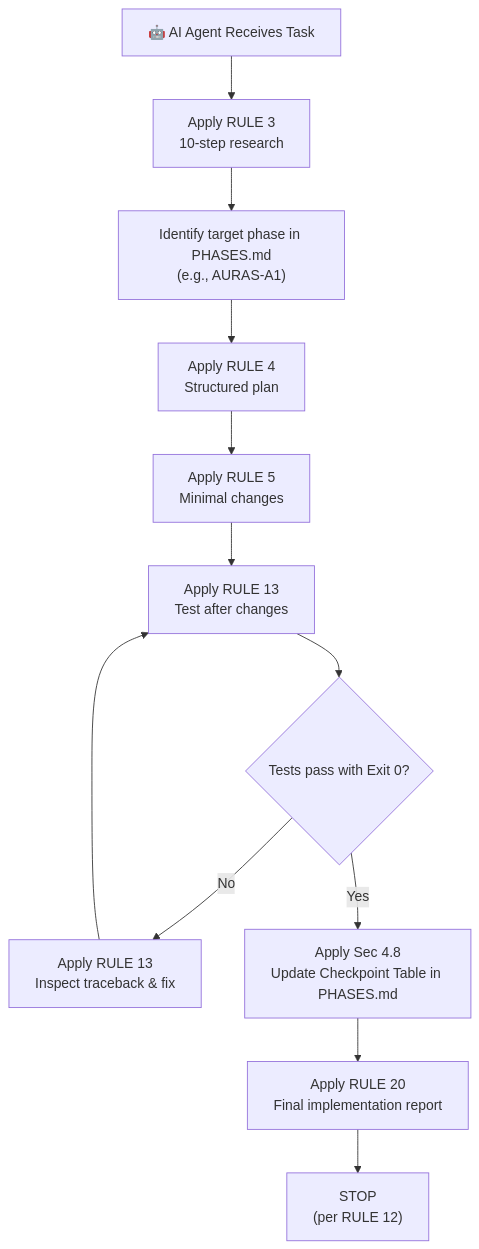
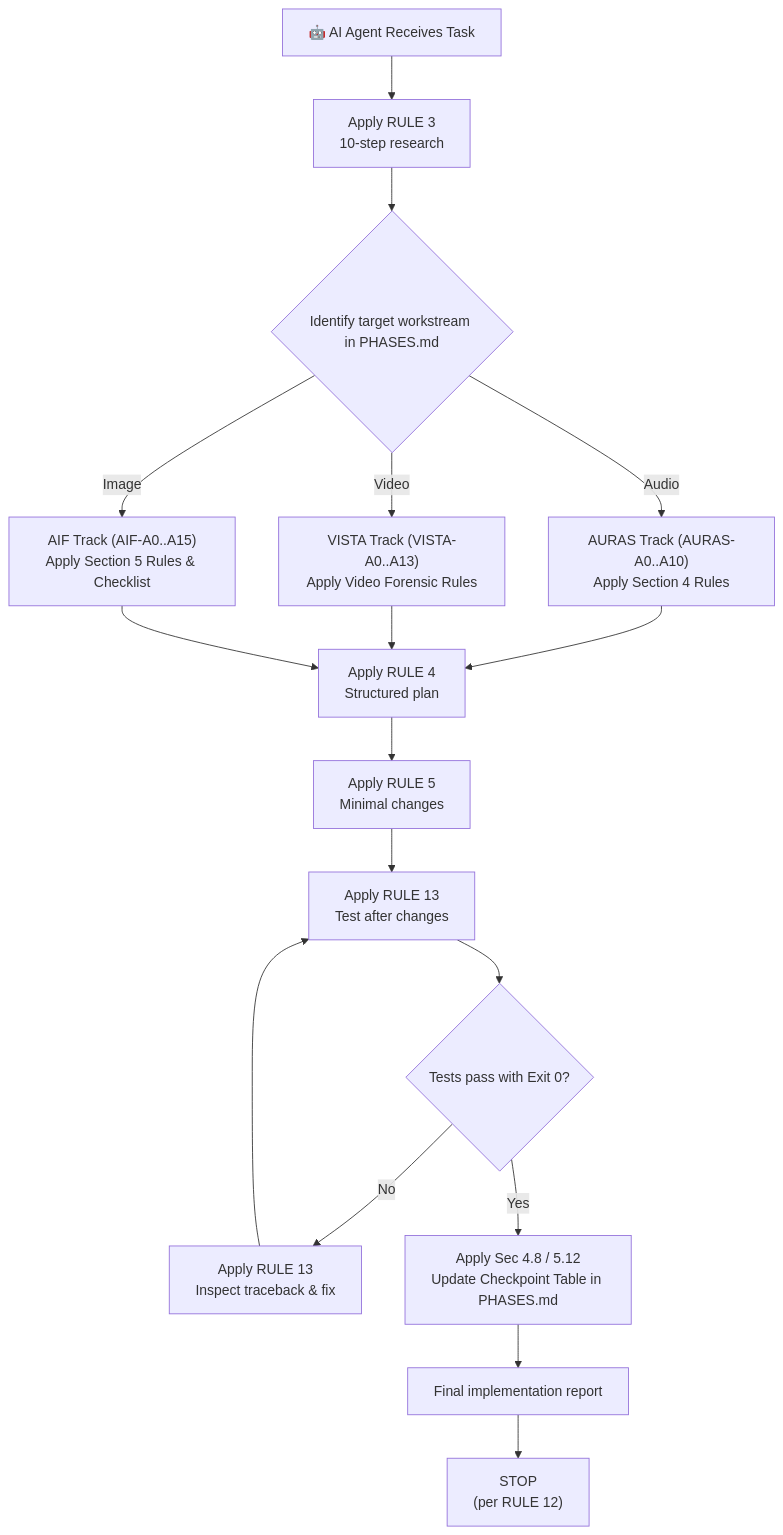
One commit to Subhadip-Paul2006/BHack-Docs changed the third of 3 diagrams in AI_INSTRUCTIONS.md. Above: the diagram before and after it, drawn with Mermaid. The commit also changed other lines of this file and 1 other file, not shown here.

Commit message:
Complete AIF image forensics and CEIPL documentation expansion across 5 files

````diff
--- a/AI_INSTRUCTIONS.md
+++ b/AI_INSTRUCTIONS.md
@@ -282,14 +380,19 @@
 ```mermaid
 flowchart TD
     START["🤖 AI Agent Receives Task"] --> RESEARCH["Apply RULE 3<br/>10-step research"]
-    RESEARCH --> IDENTIFY_PHASE["Identify target phase in PHASES.md<br/>(e.g., AURAS-A1)"]
-    IDENTIFY_PHASE --> PLAN["Apply RULE 4<br/>Structured plan"]
+    RESEARCH --> IDENTIFY_WORKSTREAM{"Identify target workstream in PHASES.md"}
+    
+    IDENTIFY_WORKSTREAM -->|Audio| P_AUD["AURAS Track (AURAS-A0..A10)<br/>Apply Section 4 Rules"]
+    IDENTIFY_WORKSTREAM -->|Video| P_VID["VISTA Track (VISTA-A0..A13)<br/>Apply Video Forensic Rules"]
+    IDENTIFY_WORKSTREAM -->|Image| P_IMG["AIF Track (AIF-A0..A15)<br/>Apply Section 5 Rules & Checklist"]
+    
+    P_AUD & P_VID & P_IMG --> PLAN["Apply RULE 4<br/>Structured plan"]
     PLAN --> MODIFY["Apply RULE 5<br/>Minimal changes"]
     MODIFY --> TEST["Apply RULE 13<br/>Test after changes"]
     TEST --> VERIFY{"Tests pass with Exit 0?"}
     VERIFY -->|No| FIX["Apply RULE 13<br/>Inspect traceback & fix"]
     FIX --> TEST
-    VERIFY -->|Yes| UPDATE_CP["Apply Sec 4.8<br/>Update Checkpoint Table in PHASES.md"]
-    UPDATE_CP --> REPORT["Apply RULE 20<br/>Final implementation report"]
+    VERIFY -->|Yes| UPDATE_CP["Apply Sec 4.8 / 5.12<br/>Update Checkpoint Table in PHASES.md"]
+    UPDATE_CP --> REPORT["Final implementation report"]
     REPORT --> STOP["STOP<br/>(per RULE 12)"]
 ```
````
